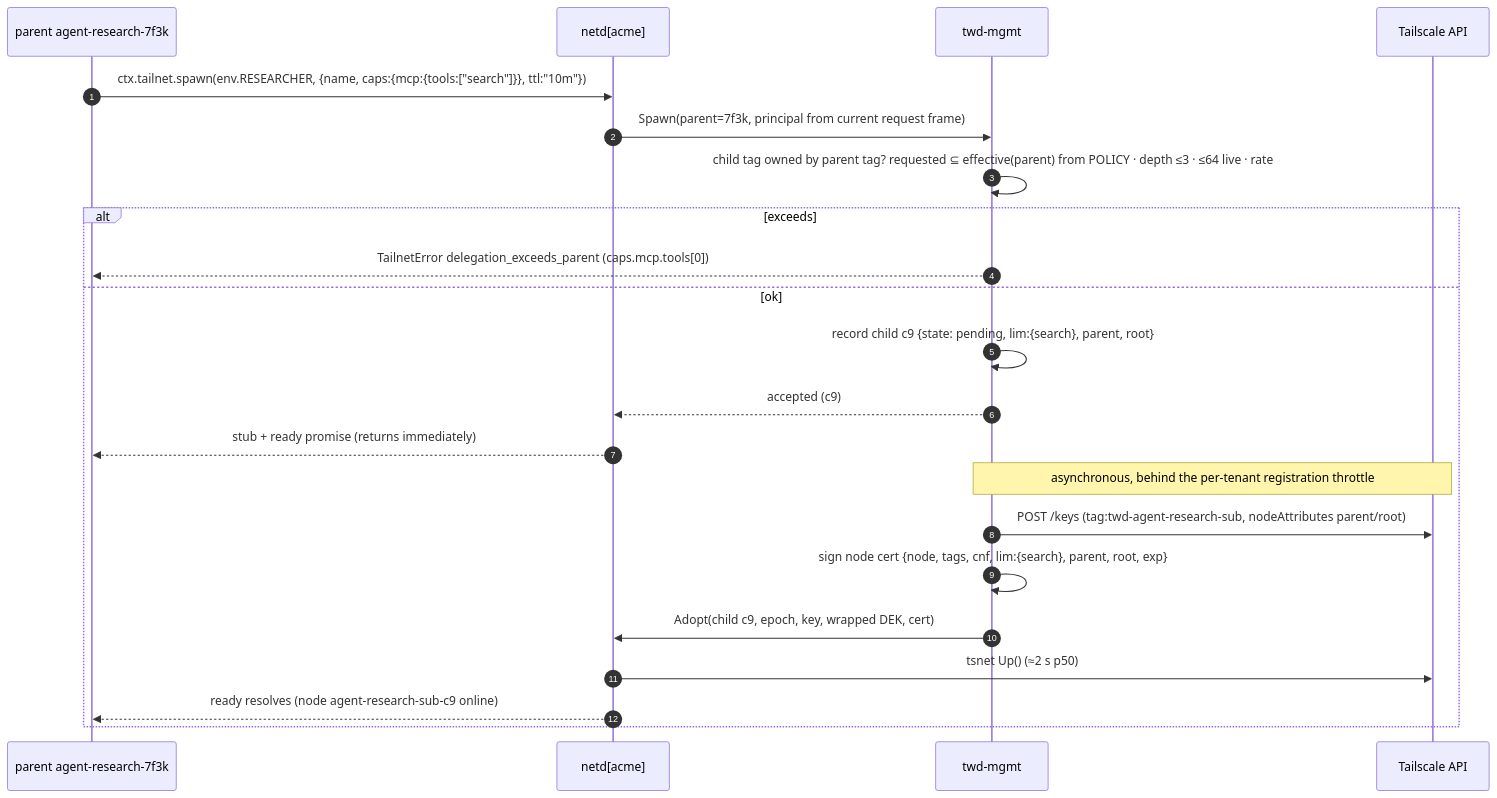
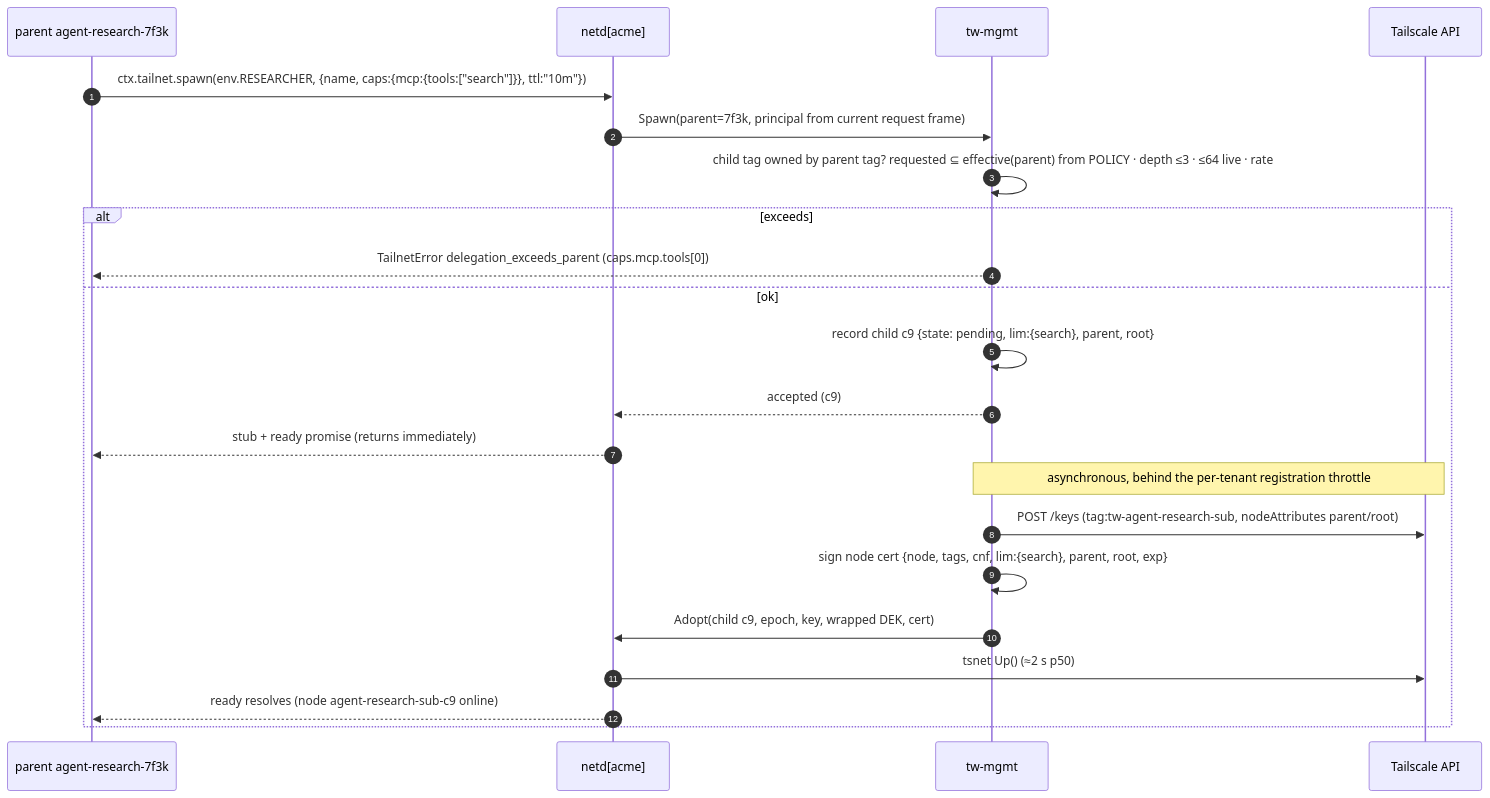
The fifth of 7 diagrams in docs/design/RFC.md (XSY-28/tailworks), drawn with Mermaid before and after one commit. The commit also changed other lines of this file and 1209 other files, not shown here.

````diff
--- a/docs/design/RFC.md
+++ b/docs/design/RFC.md
@@ -438,24 +438,24 @@
 ```mermaid
 sequenceDiagram
   autonumber
   participant P as parent agent-research-7f3k
   participant N as netd[acme]
-  participant M as twd-mgmt
+  participant M as tw-mgmt
   participant TS as Tailscale API
   P->>N: ctx.tailnet.spawn(env.RESEARCHER, {name, caps:{mcp:{tools:["search"]}}, ttl:"10m"})
   N->>M: Spawn(parent=7f3k, principal from current request frame)
   M->>M: child tag owned by parent tag? requested ⊆ effective(parent) from POLICY · depth ≤3 · ≤64 live · rate
   alt exceeds
     M-->>P: TailnetError delegation_exceeds_parent (caps.mcp.tools[0])
   else ok
     M->>M: record child c9 {state: pending, lim:{search}, parent, root}
     M-->>N: accepted (c9)
     N-->>P: stub + ready promise (returns immediately)
     Note over M,TS: asynchronous, behind the per-tenant registration throttle
-    M->>TS: POST /keys (tag:twd-agent-research-sub, nodeAttributes parent/root)
+    M->>TS: POST /keys (tag:tw-agent-research-sub, nodeAttributes parent/root)
     M->>M: sign node cert {node, tags, cnf, lim:{search}, parent, root, exp}
     M->>N: Adopt(child c9, epoch, key, wrapped DEK, cert)
     N->>TS: tsnet Up() (≈2 s p50)
     N-->>P: ready resolves (node agent-research-sub-c9 online)
   end
 ```
````
